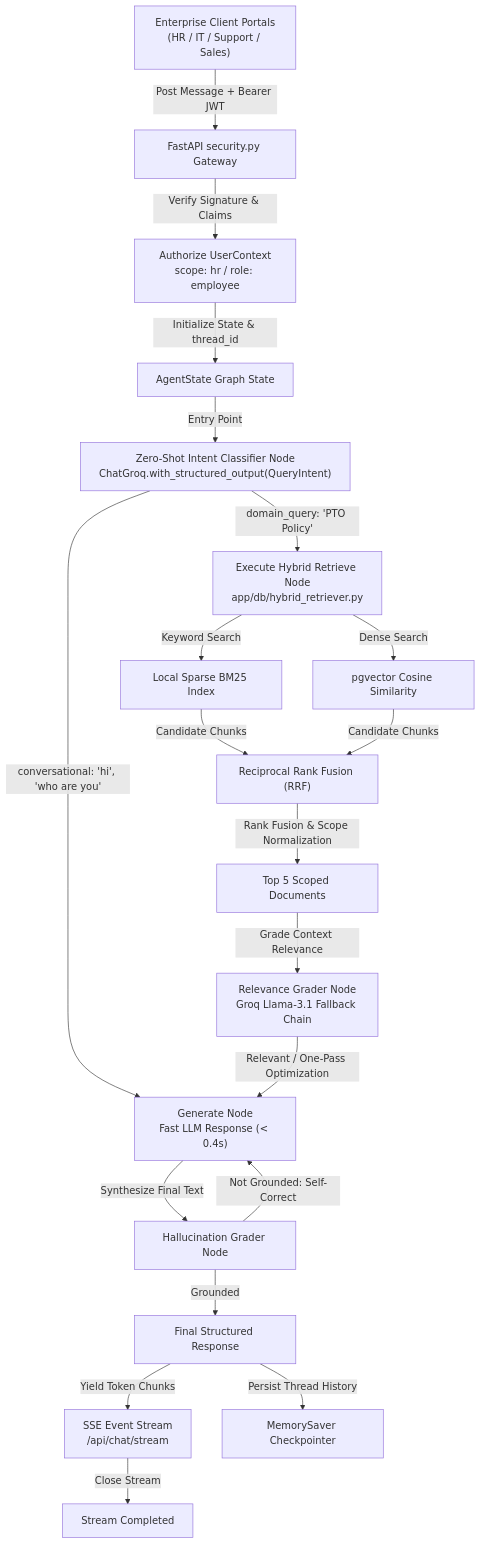
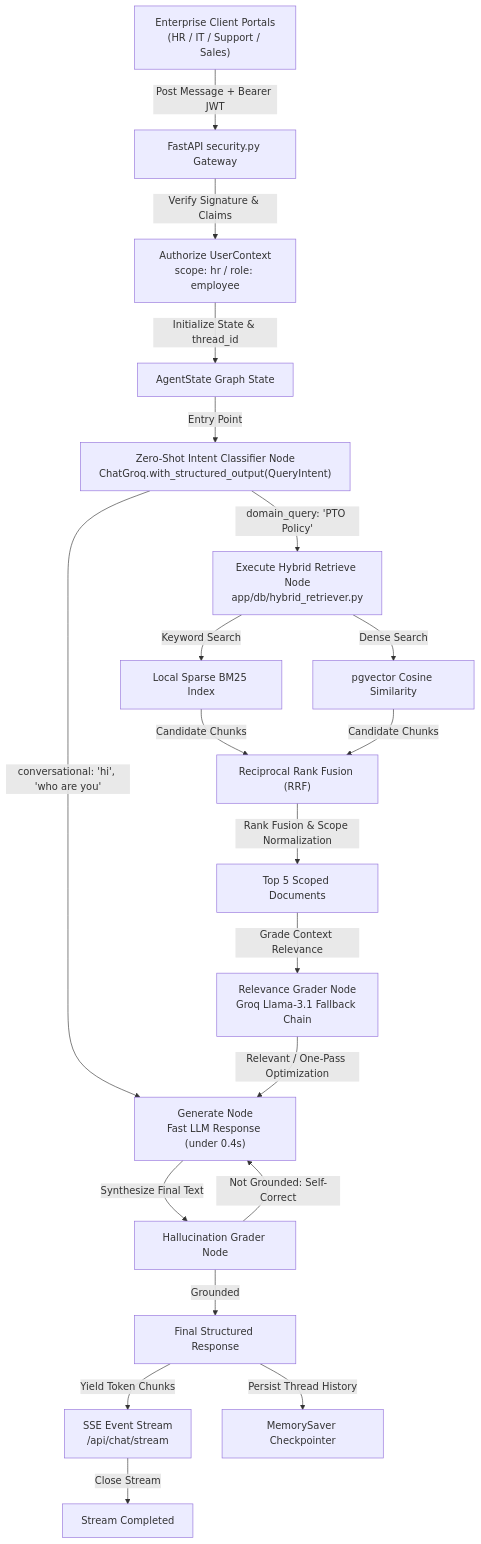
One commit to onkar-2006/multi-tenent-Enterprize-rag-system changed the diagram in README.md. Above: the diagram before and after it, drawn with Mermaid.

````diff
--- a/README.md
+++ b/README.md
@@ -32,38 +32,38 @@
 ```mermaid
 graph TD
     %% Portals and Security Gateway
     Portal["Enterprise Client Portals<br/>(HR / IT / Support / Sales)"] -->|"Post Message + Bearer JWT"| API["FastAPI security.py Gateway"]
     API -->|"Verify Signature & Claims"| Context["Authorize UserContext<br/>scope: hr / role: employee"]
     
     %% Graph State & Intent Classifier Node
     Context -->|"Initialize State & thread_id"| State["AgentState Graph State"]
     State -->|"Entry Point"| IntentClassifier["Zero-Shot Intent Classifier Node<br/>ChatGroq.with_structured_output(QueryIntent)"]
     
     %% Intent Routing Branching
-    IntentClassifier -->|"conversational: 'hi', 'who are you'"| Generator["Generate Node<br/>Fast LLM Response (< 0.4s)"]
+    IntentClassifier -->|"conversational: 'hi', 'who are you'"| Generator["Generate Node<br/>Fast LLM Response (under 0.4s)"]
     IntentClassifier -->|"domain_query: 'PTO Policy'"| RetrieveNode["Execute Hybrid Retrieve Node<br/>app/db/hybrid_retriever.py"]
     
     %% Scoped Hybrid Retrieval
     RetrieveNode -->|"Keyword Search"| BM25["Local Sparse BM25 Index"]
     RetrieveNode -->|"Dense Search"| PgVector["pgvector Cosine Similarity"]
     
     BM25 -->|"Candidate Chunks"| RRF["Reciprocal Rank Fusion (RRF)"]
     PgVector -->|"Candidate Chunks"| RRF
     RRF -->|"Rank Fusion & Scope Normalization"| RetDocs["Top 5 Scoped Documents"]
     
     %% Self-Correction & Grading
     RetDocs -->|"Grade Context Relevance"| Grader["Relevance Grader Node<br/>Groq Llama-3.1 Fallback Chain"]
     Grader -->|"Relevant / One-Pass Optimization"| Generator
     
     %% Hallucination & Self-Correction
     Generator -->|"Synthesize Final Text"| HGrader["Hallucination Grader Node"]
     HGrader -->|"Grounded"| FinalResponse["Final Structured Response"]
     HGrader -->|"Not Grounded: Self-Correct"| Generator
     
     %% SSE Streaming Output
     FinalResponse -->|"Yield Token Chunks"| Stream["SSE Event Stream<br/>/api/chat/stream"]
     Stream -->|"Close Stream"| Client["Stream Completed"]
     
     %% Checkpointer Memory Loop
     FinalResponse -->|"Persist Thread History"| Memory["MemorySaver Checkpointer"]
 ```
````
